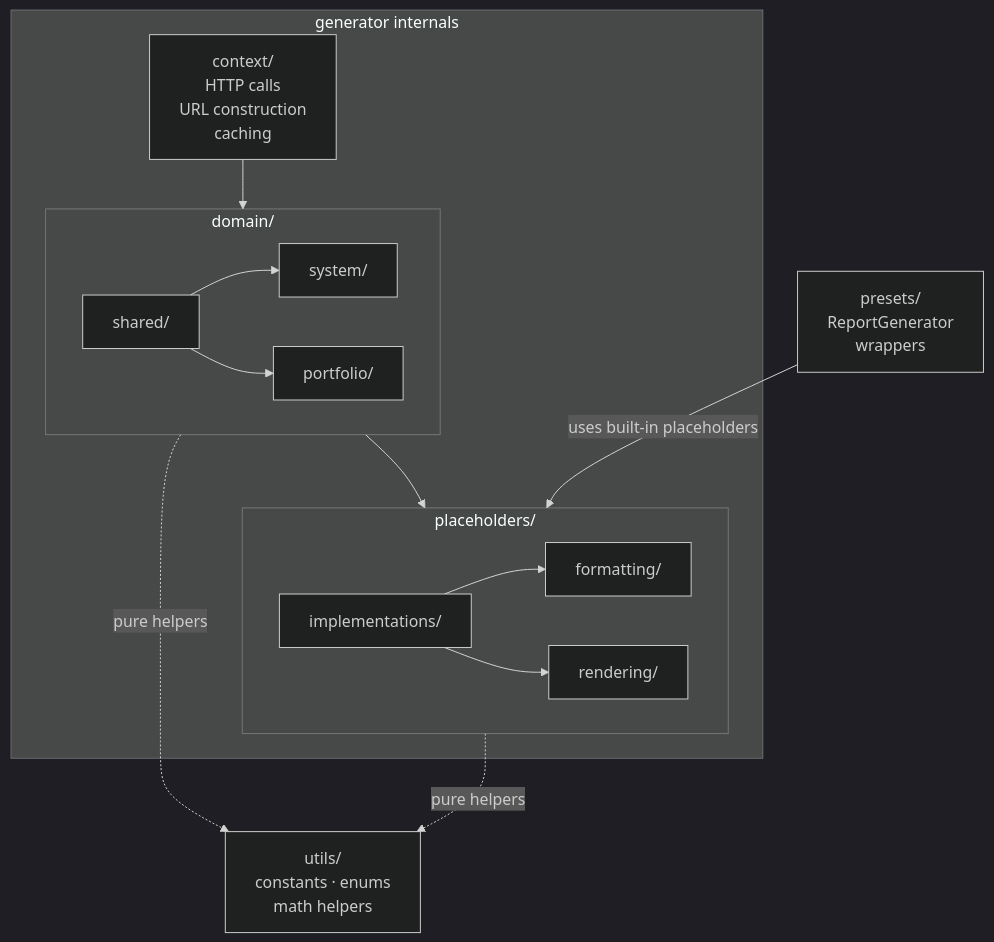
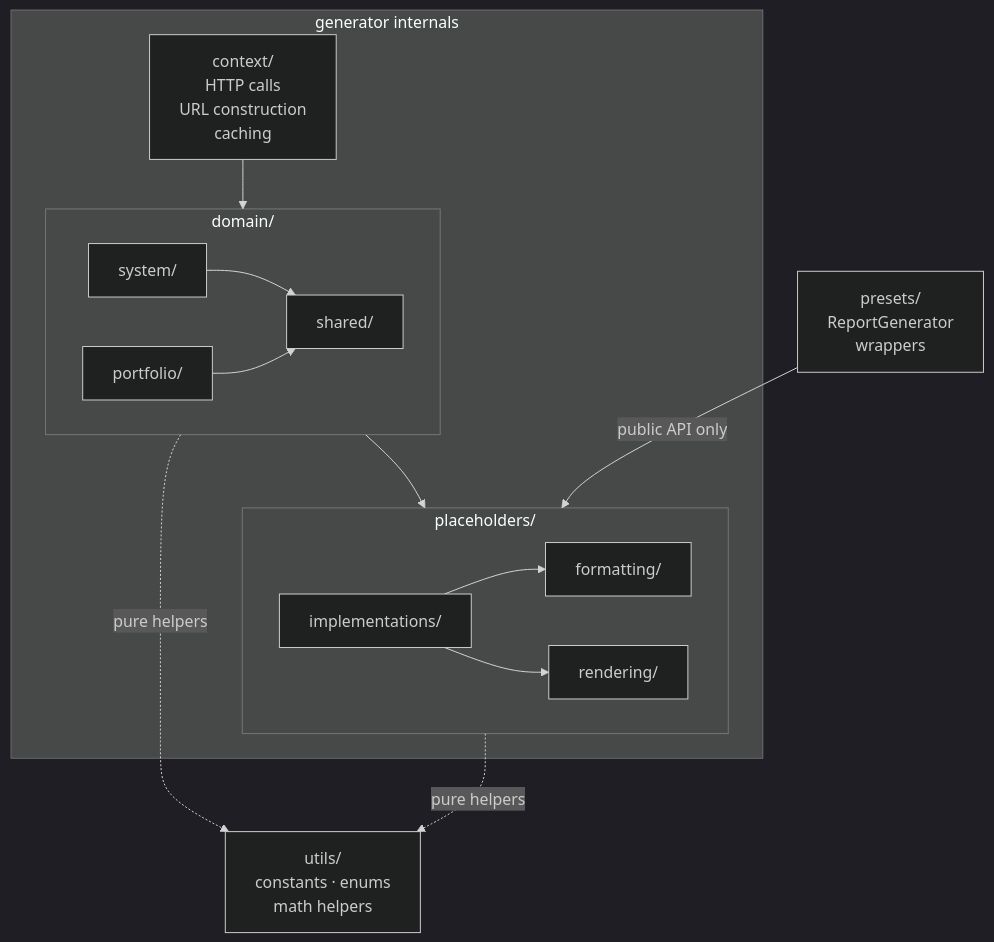
The diagram in docs/architecture.md (Software-Improvement-Group/sigrid-report-generator), drawn with Mermaid (dark theme) before and after one commit.

Commit message:
Update diagram

````diff
--- a/docs/architecture.md
+++ b/docs/architecture.md
@@ -27,31 +27,31 @@
 ```mermaid
 flowchart TB
     subgraph generator["generator internals"]
         context["context/<br/>HTTP calls<br/>URL construction<br/>caching"]
 
         subgraph domain["domain/"]
             direction LR
-            shared["shared/"] --> system["system/"]
-            shared --> portfolio["portfolio/"]
+            system["system/"] --> shared["shared/"]
+            portfolio["portfolio/"] --> shared
         end
 
         subgraph ph["placeholders/"]
             direction LR
             impl["implementations/"]
             fmt["formatting/"]
             rend["rendering/"]
             impl --> fmt
             impl --> rend
         end
 
         context --> domain
         domain --> impl
     end
 
     utils["utils/<br/>constants · enums<br/>math helpers"]
     presets["presets/<br/>ReportGenerator<br/>wrappers"]
 
-    presets -->|uses built-in placeholders| impl
+    presets -->|public API only| impl
     domain -.->|pure helpers| utils
     ph -.->|pure helpers| utils
 ```
````
